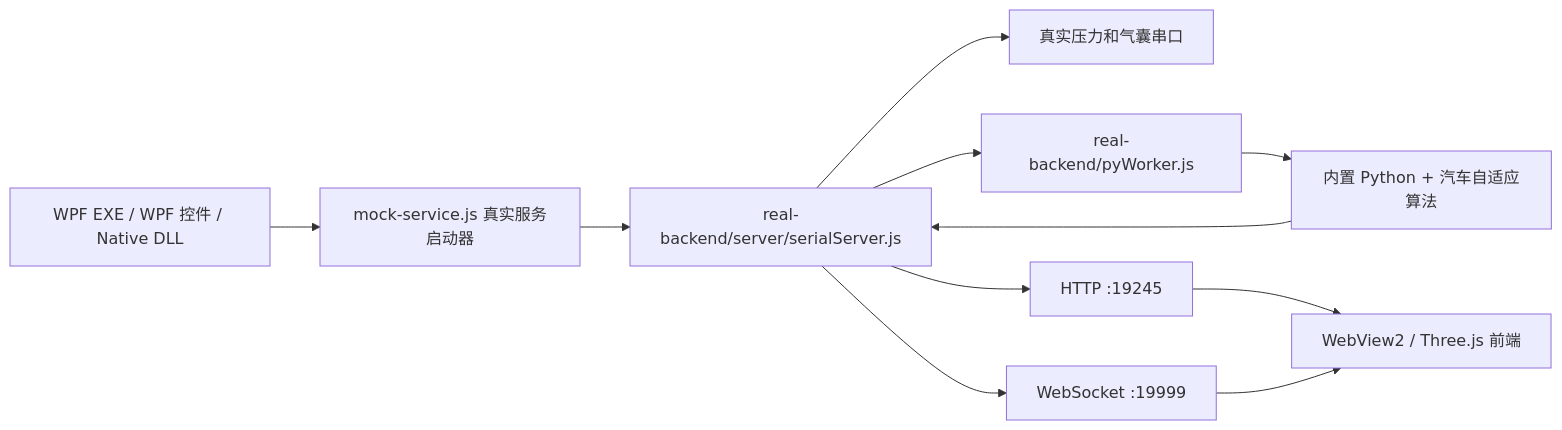
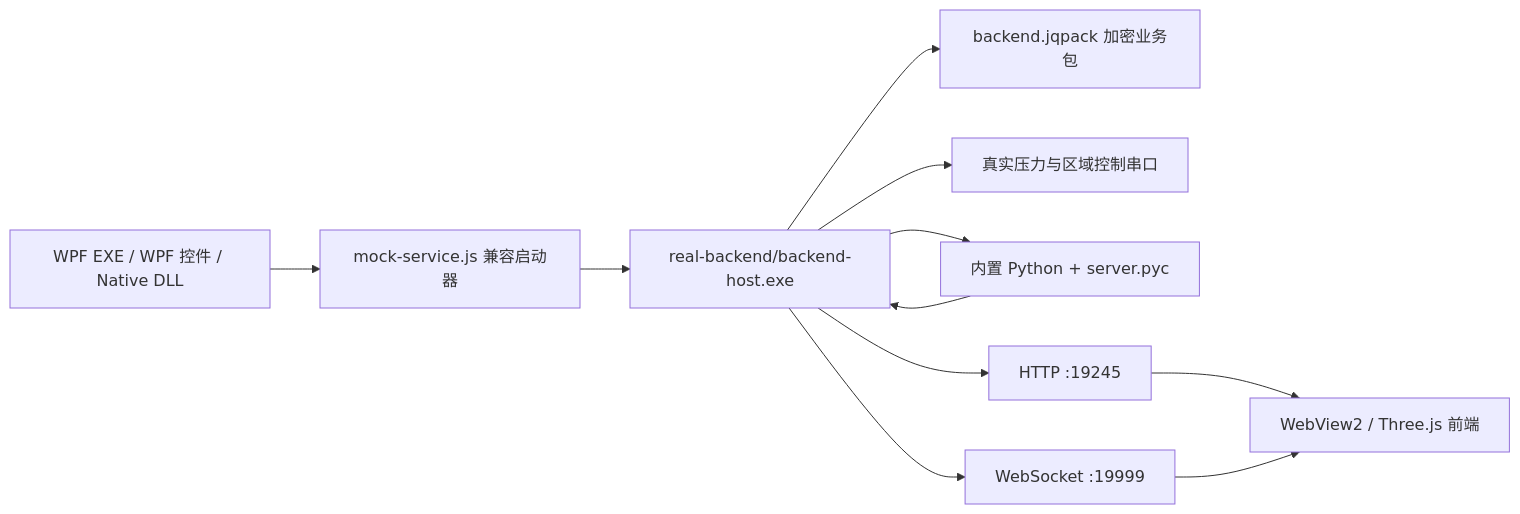
The diagram in netsdk/customer-sdk-template/REAL_ARCHITECTURE.md (liudada118/jqtoolsWin), drawn with Mermaid before and after one commit. The commit also changed other lines of this file and 1263 other files, not shown here.

````diff
--- a/netsdk/customer-sdk-template/REAL_ARCHITECTURE.md
+++ b/netsdk/customer-sdk-template/REAL_ARCHITECTURE.md
@@ -7,13 +7,13 @@
 ```mermaid
 flowchart LR
-  WPF["WPF EXE / WPF 控件 / Native DLL"] --> Launcher["mock-service.js 真实服务启动器"]
-  Launcher --> Node["real-backend/server/serialServer.js"]
-  Node --> Serial["真实压力和气囊串口"]
-  Node --> Worker["real-backend/pyWorker.js"]
-  Worker --> Python["内置 Python + 汽车自适应算法"]
-  Python --> Node
-  Node --> REST["HTTP :19245"]
-  Node --> WS["WebSocket :19999"]
+  WPF["WPF EXE / WPF 控件 / Native DLL"] --> Launcher["mock-service.js 兼容启动器"]
+  Launcher --> Host["real-backend/backend-host.exe"]
+  Host --> Pack["backend.jqpack 加密业务包"]
+  Host --> Serial["真实压力与区域控制串口"]
+  Host --> Py["内置 Python + server.pyc"]
+  Py --> Host
+  Host --> REST["HTTP :19245"]
+  Host --> WS["WebSocket :19999"]
   REST --> UI["WebView2 / Three.js 前端"]
   WS --> UI
 ```
````
